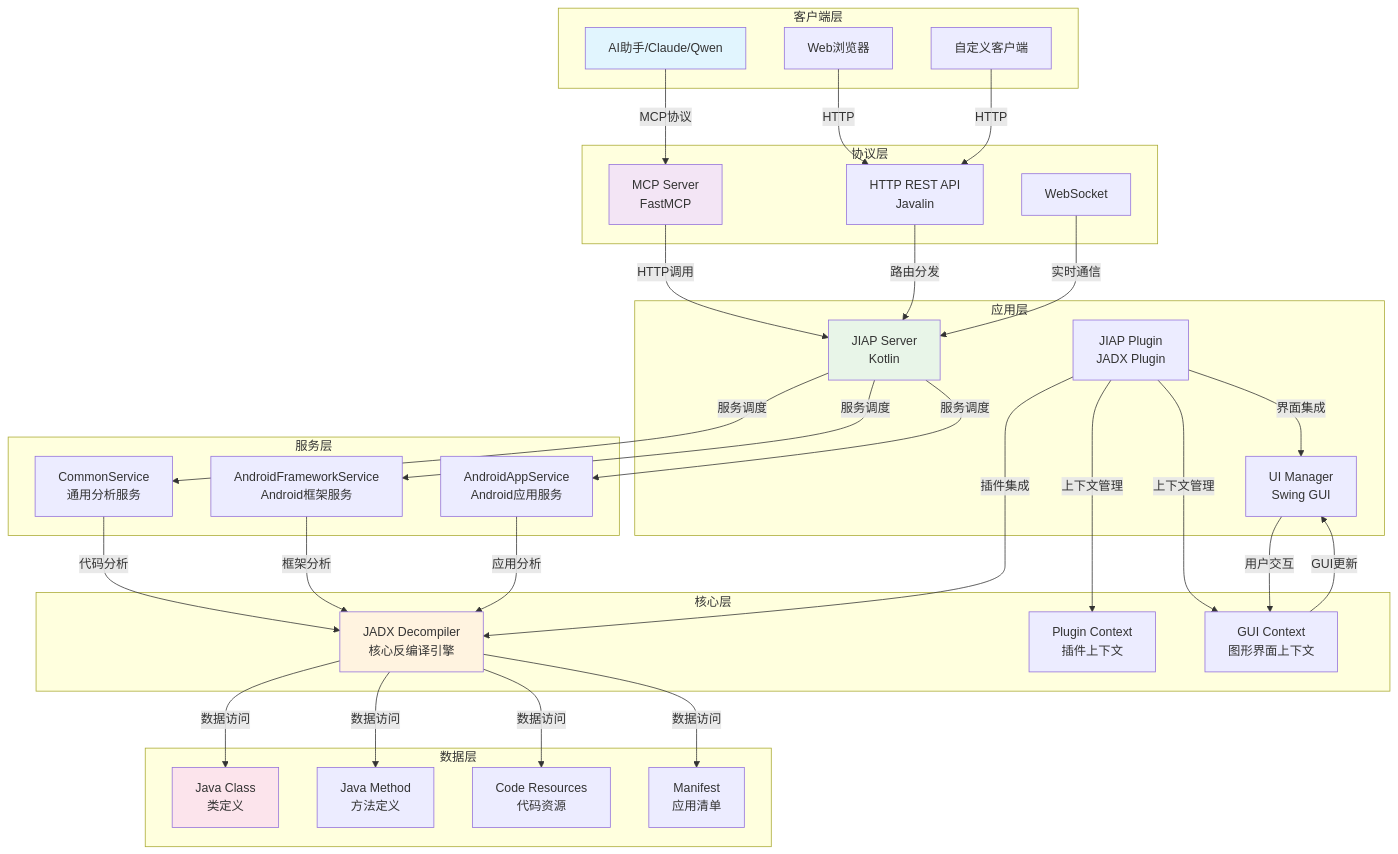
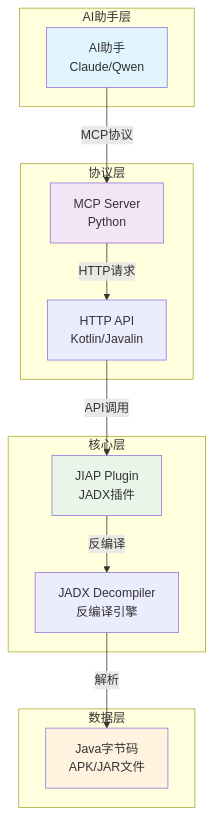
Before and after one commit to jygzyc/jiap: the diagram in README_zh.md, drawn with Mermaid. The commit also changed other lines of this file, not shown here.

First line of the commit message:
Simplify architecture diagram in README_zh.md

````diff
--- a/README_zh.md
+++ b/README_zh.md
@@ -46,73 +27,31 @@
 ```mermaid
 graph TB
-    subgraph "客户端层"
-        A[AI助手/Claude/Qwen]
-        B[Web浏览器]
-        C[自定义客户端]
+    subgraph "AI助手层"
+        A[AI助手<br/>Claude/Qwen]
     end
 
     subgraph "协议层"
-        D[MCP Server<br/>FastMCP]
-        E[HTTP REST API<br/>Javalin]
-        F[WebSocket]
-    end
-
-    subgraph "应用层"
-        G[JIAP Server<br/>Kotlin]
-        H[JIAP Plugin<br/>JADX Plugin]
-        I[UI Manager<br/>Swing GUI]
-    end
-
-    subgraph "服务层"
-        J[CommonService<br/>通用分析服务]
-        K[AndroidFrameworkService<br/>Android框架服务]
-        L[AndroidAppService<br/>Android应用服务]
+        B[MCP Server<br/>Python]
+        C[HTTP API<br/>Kotlin/Javalin]
     end
 
     subgraph "核心层"
-        M[JADX Decompiler<br/>核心反编译引擎]
-        N[Plugin Context<br/>插件上下文]
-        O[GUI Context<br/>图形界面上下文]
+        D[JIAP Plugin<br/>JADX插件]
+        E[JADX Decompiler<br/>反编译引擎]
     end
 
     subgraph "数据层"
-        P[Java Class<br/>类定义]
-        Q[Java Method<br/>方法定义]
-        R[Code Resources<br/>代码资源]
-        S[Manifest<br/>应用清单]
+        F[Java字节码<br/>APK/JAR文件]
     end
 
-    A -- MCP协议 --> D
-    B -- HTTP --> E
-    C -- HTTP --> E
-    D -- HTTP调用 --> G
-    E -- 路由分发 --> G
-    F -- 实时通信 --> G
-
-    G -- 服务调度 --> J
-    G -- 服务调度 --> K
-    G -- 服务调度 --> L
-
-    J -- 代码分析 --> M
-    K -- 框架分析 --> M
-    L -- 应用分析 --> M
-
-    H -- 插件集成 --> M
-    H -- 界面集成 --> I
-    H -- 上下文管理 --> N
-    H -- 上下文管理 --> O
-
-    M -- 数据访问 --> P
-    M -- 数据访问 --> Q
-    M -- 数据访问 --> R
-    M -- 数据访问 --> S
-
-    I -- 用户交互 --> O
-    O -- GUI更新 --> I
+    A -- MCP协议 --> B
+    B -- HTTP请求 --> C
+    C -- API调用 --> D
+    D -- 反编译 --> E
+    E -- 解析 --> F
 
     style A fill:#e1f5fe
-    style D fill:#f3e5f5
-    style G fill:#e8f5e8
-    style M fill:#fff3e0
-    style P fill:#fce4ec
+    style B fill:#f3e5f5
+    style D fill:#e8f5e8
+    style F fill:#fff3e0
 ```
````
